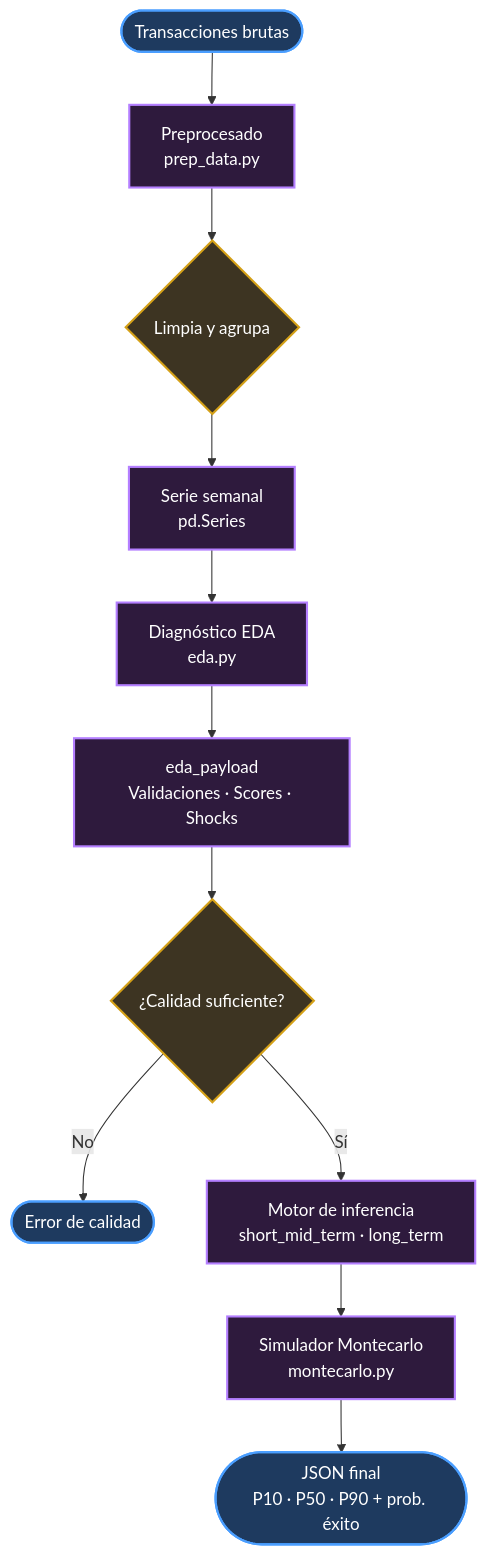
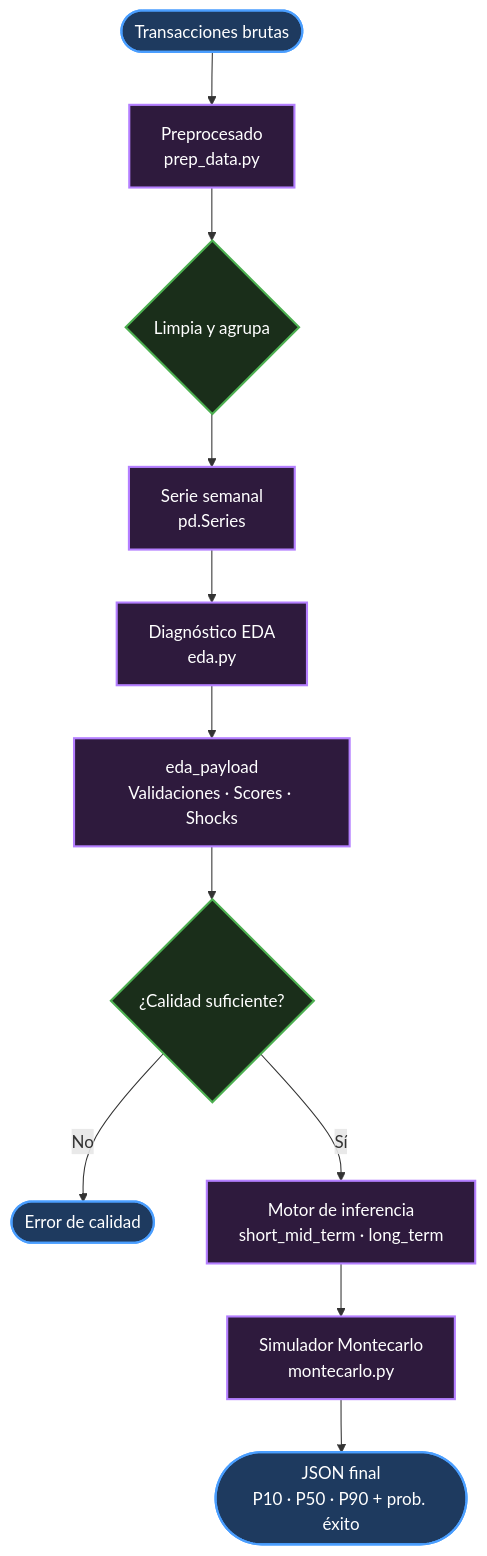
One commit to ygs1629/ia-project-2 changed the third of 3 diagrams in README.md. Above: the diagram before and after it, drawn with Mermaid. The commit also changed other lines of this file, not shown here.

Commit message:
Update Mermaid diagram styles in README.md

````diff
--- a/README.md
+++ b/README.md
@@ -216,21 +218,21 @@
 ```mermaid
 graph TD
     classDef node fill:#2e1a3d,stroke:#b47fff,stroke-width:2px,color:#fff;
-    classDef decision fill:#3d3422,stroke:#d4a017,stroke-width:2px,color:#fff;
+    classDef decision fill:#1a2e1a,stroke:#4caf50,stroke-width:2px,color:#fff;
     classDef io fill:#1e3a5f,stroke:#4a9eff,stroke-width:2px,color:#fff;
 
     A(["Transacciones brutas"]) --> B["Preprocesado\nprep_data.py"]
     B --> C{"Limpia y agrupa"}
     C --> D["Serie semanal\npd.Series"]
     D --> E["Diagnóstico EDA\neda.py"]
     E --> F["eda_payload\nValidaciones · Scores · Shocks"]
     F --> G{"¿Calidad suficiente?"}
     G -- No --> H(["Error de calidad"])
     G -- Sí --> I["Motor de inferencia\nshort_mid_term · long_term"]
     I --> J["Simulador Montecarlo\nmontecarlo.py"]
     J --> K(["JSON final\nP10 · P50 · P90 + prob. éxito"])
 
     class B,E,I,J node;
     class C,G decision;
     class A,H,K io;
 ```
````
